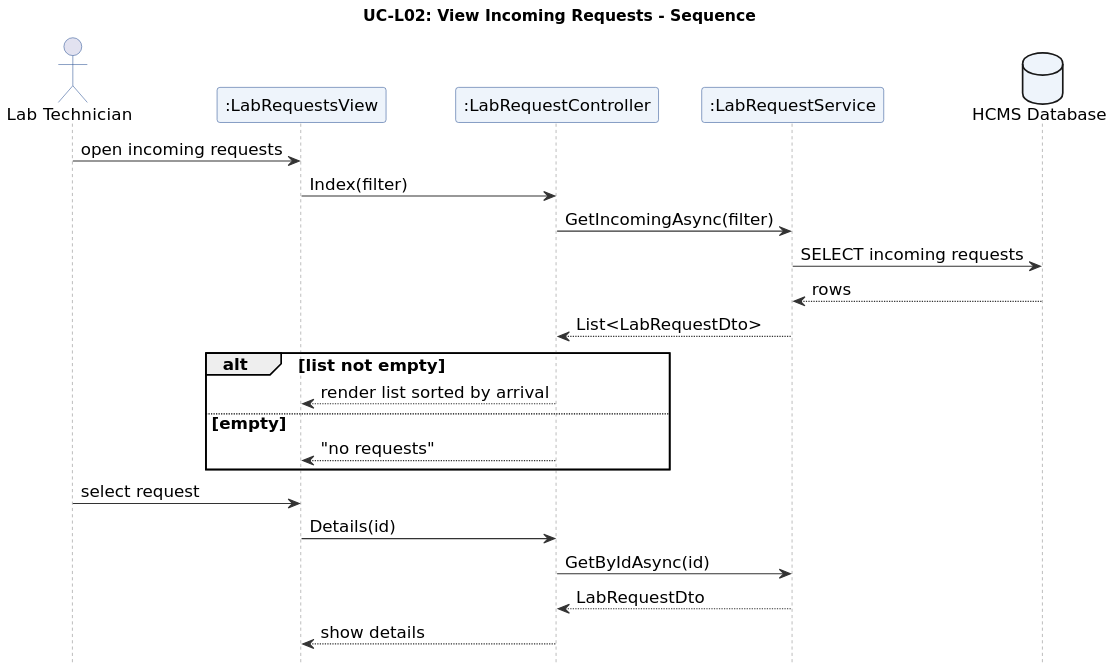
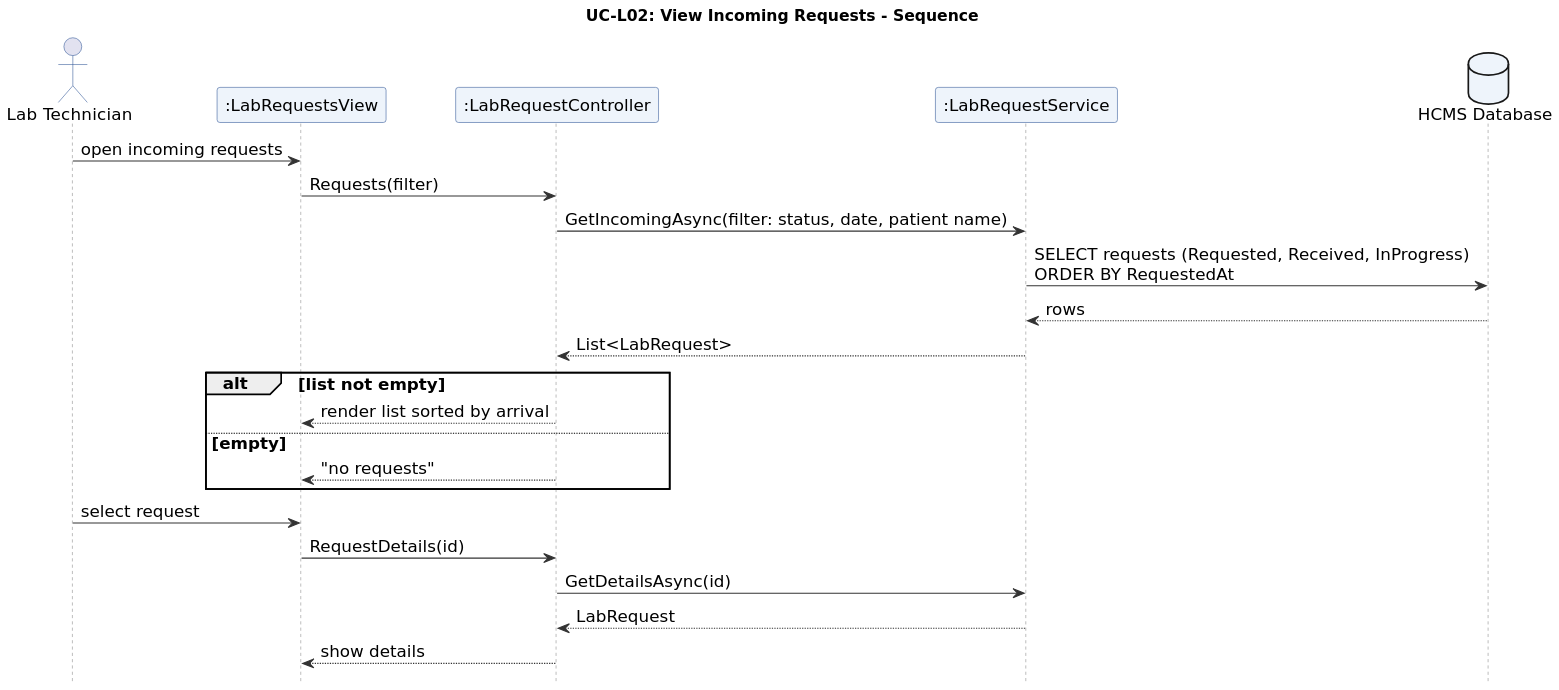
One commit to aymansl/HCMS changed the diagram in docs/diagrams/UC-L02_seq.puml. Above: the diagram before and after it, drawn with PlantUML. The commit also changed 10 other files, not shown here.

Commit message:
feat(lab): incoming lab requests list (L2)

```diff
--- a/docs/diagrams/UC-L02_seq.puml
+++ b/docs/diagrams/UC-L02_seq.puml
@@ -1,46 +1,46 @@
 @startuml
 skinparam dpi 170
 skinparam shadowing false
 skinparam defaultFontName DejaVu Sans
 skinparam defaultFontSize 12
 skinparam ArrowColor #333333
 skinparam ActivityBackgroundColor #EEF4FB
 skinparam ActivityBorderColor #2F5597
 skinparam ActivityDiamondBackgroundColor #FFF7E0
 skinparam SwimlaneTitleFontStyle bold
 skinparam ParticipantBackgroundColor #EEF4FB
 skinparam ParticipantBorderColor #2F5597
 skinparam SequenceLifeLineBorderColor #888888
 skinparam UsecaseBackgroundColor #EEF4FB
 skinparam UsecaseBorderColor #2F5597
 skinparam ActorBorderColor #2F5597
 skinparam DatabaseBackgroundColor #EEF4FB
 skinparam SequenceGroupHeaderFontStyle bold
 title UC-L02: View Incoming Requests - Sequence
 skinparam defaultFontSize 15
 skinparam ParticipantFontSize 15
 skinparam ActorFontSize 15
 skinparam DatabaseFontSize 15
 hide footbox
 actor "Lab Technician" as U
 participant ":LabRequestsView" as V
 participant ":LabRequestController" as C
 participant ":LabRequestService" as S
 database "HCMS Database" as DB
 U -> V : open incoming requests
-V -> C : Index(filter)
-C -> S : GetIncomingAsync(filter)
-S -> DB : SELECT incoming requests
+V -> C : Requests(filter)
+C -> S : GetIncomingAsync(filter: status, date, patient name)
+S -> DB : SELECT requests (Requested, Received, InProgress)\nORDER BY RequestedAt
 DB --> S : rows
-S --> C : List<LabRequestDto>
+S --> C : List<LabRequest>
 alt list not empty
   C --> V : render list sorted by arrival
 else empty
   C --> V : "no requests"
 end
 U -> V : select request
-V -> C : Details(id)
-C -> S : GetByIdAsync(id)
-S --> C : LabRequestDto
+V -> C : RequestDetails(id)
+C -> S : GetDetailsAsync(id)
+S --> C : LabRequest
 C --> V : show details
 @enduml
```
